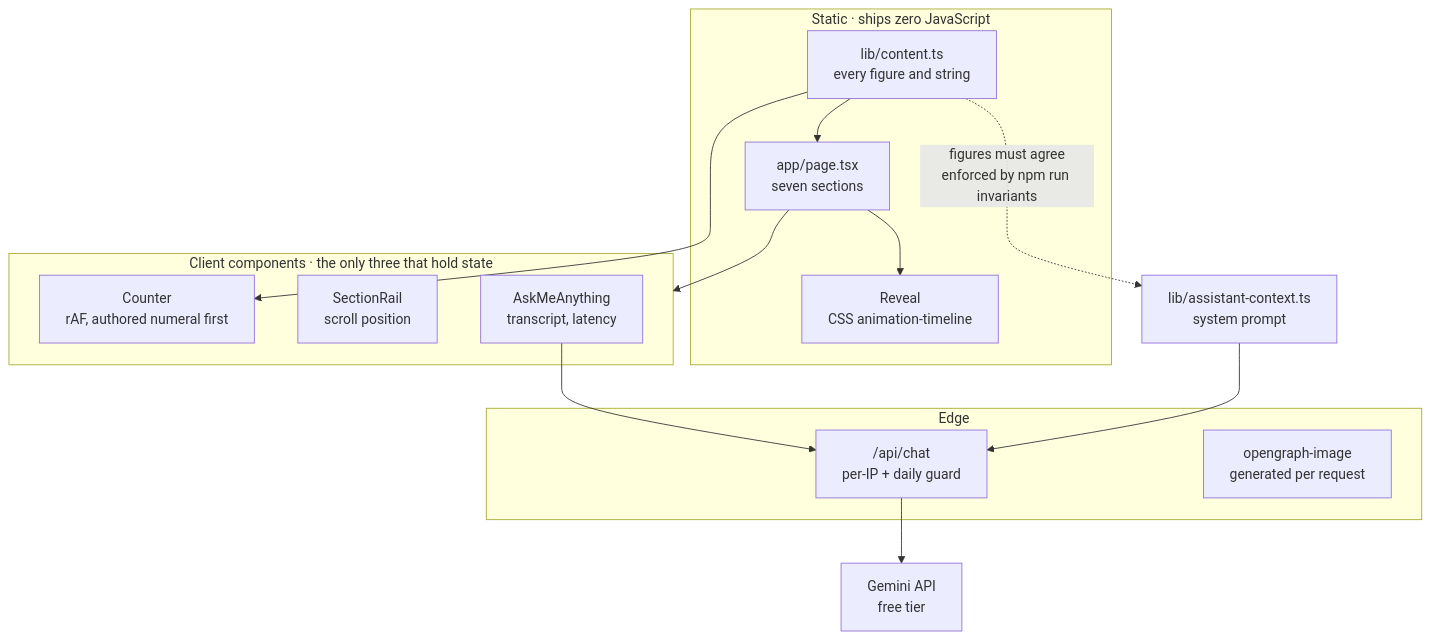
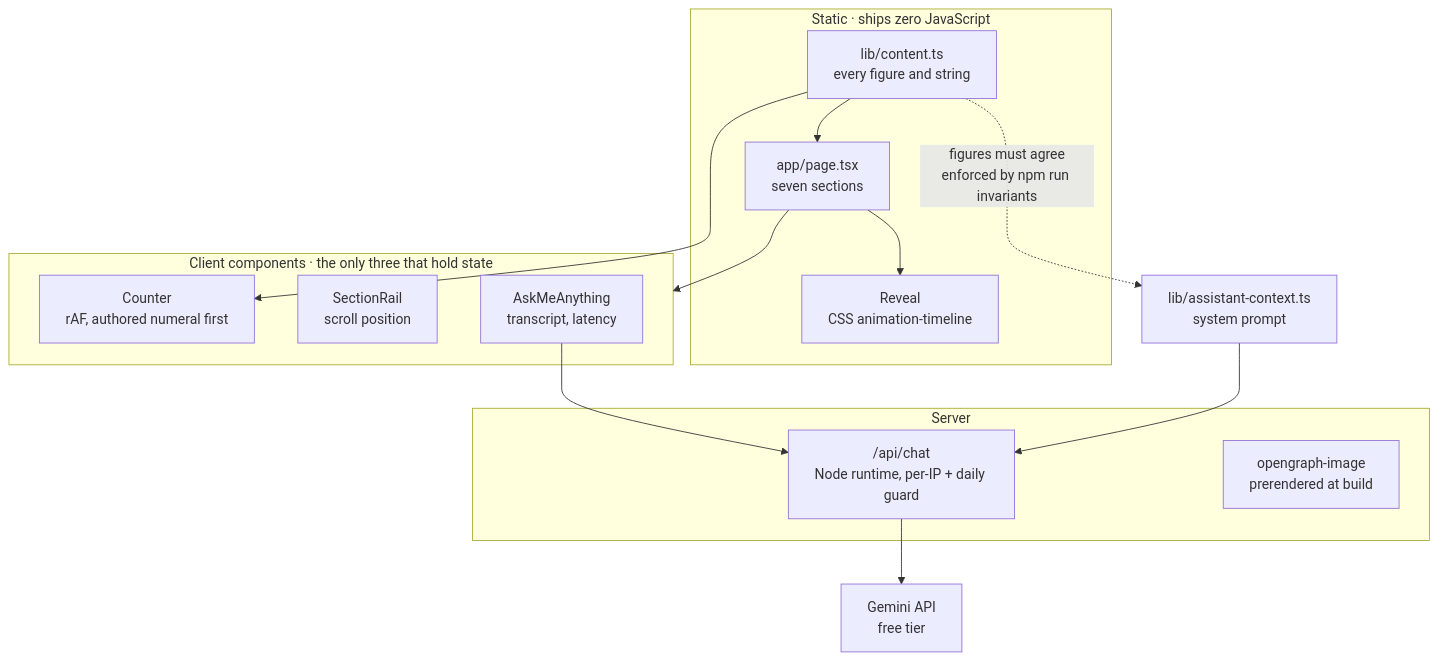
Before and after one commit to EduardoVisconti/portfolio: the diagram in README.md, drawn with Mermaid. The commit also changed other lines of this file and 22 other files, not shown here.

````diff
--- a/README.md
+++ b/README.md
@@ -45,31 +45,31 @@
 ```mermaid
 flowchart TD
     subgraph static["Static · ships zero JavaScript"]
         page["app/page.tsx<br/>seven sections"]
         reveal["Reveal<br/>CSS animation-timeline"]
         content["lib/content.ts<br/>every figure and string"]
     end
 
     subgraph client["Client components · the only three that hold state"]
         counter["Counter<br/>rAF, authored numeral first"]
         rail["SectionRail<br/>scroll position"]
         ask["AskMeAnything<br/>transcript, latency"]
     end
 
-    subgraph edge["Edge"]
-        chat["/api/chat<br/>per-IP + daily guard"]
-        og["opengraph-image<br/>generated per request"]
+    subgraph server["Server"]
+        chat["/api/chat<br/>Node runtime, per-IP + daily guard"]
+        og["opengraph-image<br/>prerendered at build"]
     end
 
     gemini["Gemini API<br/>free tier"]
     ctx["lib/assistant-context.ts<br/>system prompt"]
 
     content --> page
     content --> counter
     page --> reveal
     page --> client
     ask --> chat
     chat --> gemini
     ctx --> chat
     content -. "figures must agree<br/>enforced by npm run invariants" .-> ctx
 ```
````
